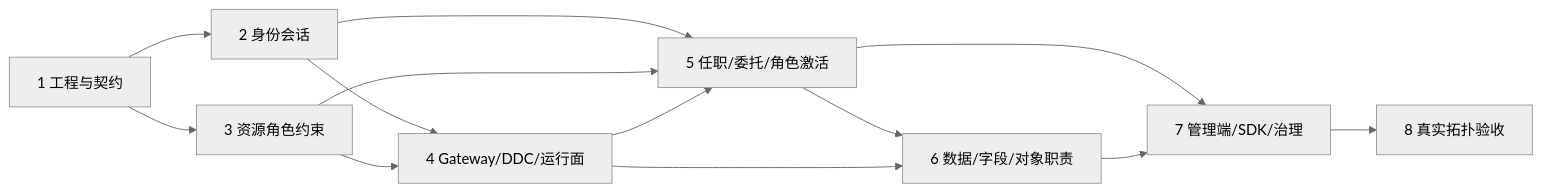
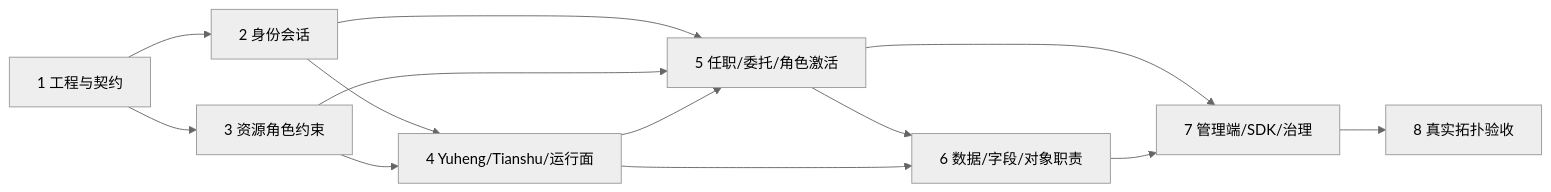
One commit to AllenDEricDAlexander/Egon-COLA changed the sixth of 6 diagrams in docs/superpowers/specs/2026-07-30-rbac3-permission-platform-design.md. Above: the diagram before and after it, drawn with Mermaid (neutral theme). The commit also changed other lines of this file and 233 other files, not shown here.

````diff
--- a/docs/superpowers/specs/2026-07-30-rbac3-permission-platform-design.md
+++ b/docs/superpowers/specs/2026-07-30-rbac3-permission-platform-design.md
@@ -5539,15 +5539,15 @@
 ```mermaid
 flowchart LR
     P1["1 工程与契约"] --> P2["2 身份会话"]
     P1 --> P3["3 资源角色约束"]
-    P2 --> P4["4 Gateway/DDC/运行面"]
+    P2 --> P4["4 Yuheng/Tianshu/运行面"]
     P3 --> P4
     P2 --> P5["5 任职/委托/角色激活"]
     P3 --> P5
     P4 --> P5
     P5 --> P6["6 数据/字段/对象职责"]
     P4 --> P6
     P5 --> P7["7 管理端/SDK/治理"]
     P6 --> P7
     P7 --> P8["8 真实拓扑验收"]
 ```
````
